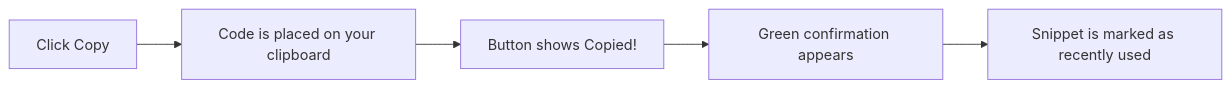
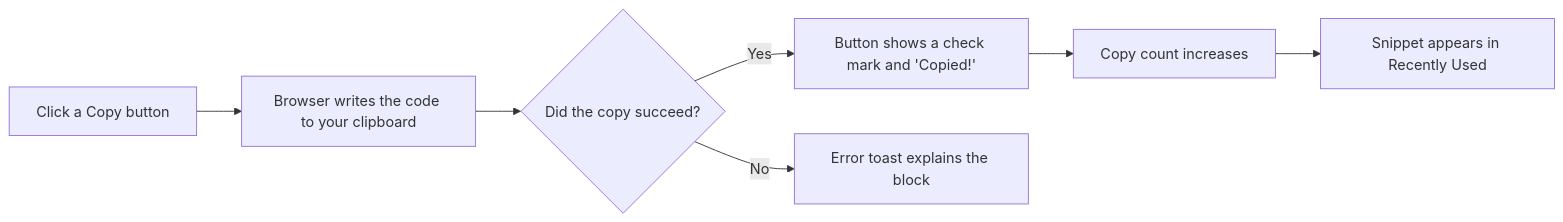
Before and after one commit to Mohita111/API2: the diagram in api2-documentation/plan_2026-11-02_f8890e/user-facing-docs/copy-to-clipboard.md, drawn with Mermaid. The commit also changed other lines of this file and 11 other files, not shown here.

````diff
--- a/api2-documentation/plan_2026-11-02_f8890e/user-facing-docs/copy-to-clipboard.md
+++ b/api2-documentation/plan_2026-11-02_f8890e/user-facing-docs/copy-to-clipboard.md
@@ -30,7 +30,9 @@
 ```mermaid
 graph LR
-    A["Click Copy"] --> B["Code is placed on your clipboard"]
-    B --> C["Button shows Copied!"]
-    C --> D["Green confirmation appears"]
-    D --> E["Snippet is marked as recently used"]
+  A[Click a Copy button] --> B[Browser writes the code to your clipboard]
+  B --> C{"Did the copy succeed?"}
+  C -->|Yes| D["Button shows a check mark and 'Copied!'"]
+  D --> E[Copy count increases]
+  E --> F[Snippet appears in Recently Used]
+  C -->|No| G[Error toast explains the block]
 ```
````
